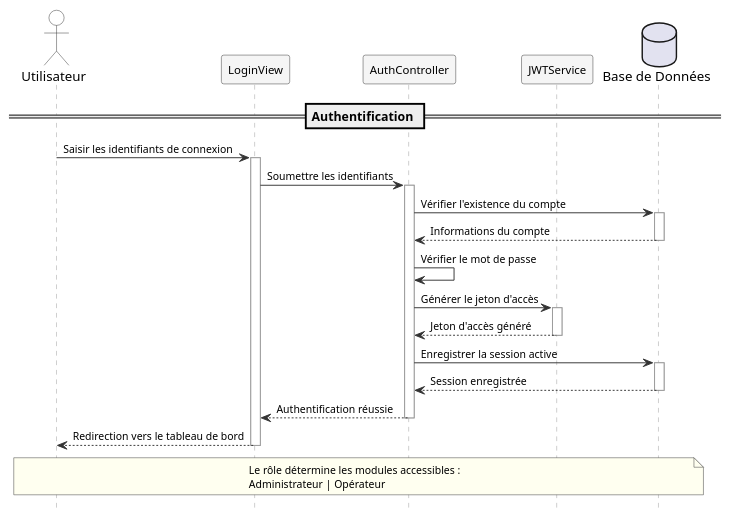
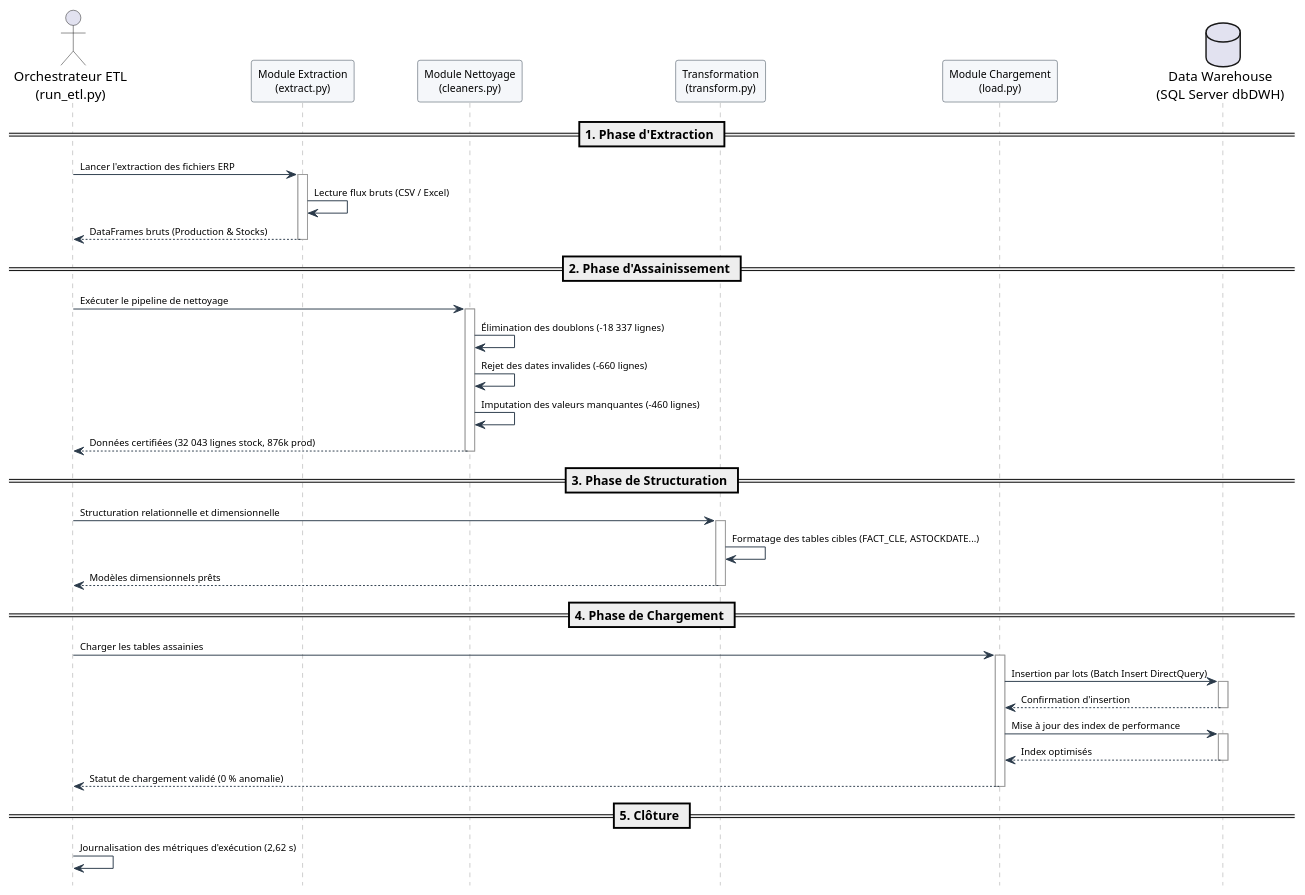
One commit to ayoubmek/PFE_data_science changed the diagram in Rapport/diagrams/sprint1_seq.puml. Above: the diagram before and after it, drawn with PlantUML. The commit also changed 37 other files, not shown here.

```diff
--- a/Rapport/diagrams/sprint1_seq.puml
+++ b/Rapport/diagrams/sprint1_seq.puml
@@ -1,69 +1,63 @@
 @startuml sprint1_seq
 hide footbox
 skinparam backgroundColor White
 skinparam sequence {
-  BackgroundColor White
-  BorderColor #333333
-  ArrowColor #333333
-  ActorBorderColor #333333
-  ActorBackgroundColor White
-  ParticipantBorderColor #333333
-  ParticipantBackgroundColor #F5F5F5
-  ParticipantFontName Arial
-  ParticipantFontSize 12
-  ArrowFontName Arial
-  ArrowFontSize 11
-  LifeLineBorderColor #999999
-  ActivationBorderColor #333333
-  ActivationBackgroundColor #E8E8E8
+    BackgroundColor White
+    BorderColor #2B3A4A
+    ArrowColor #2B3A4A
+    ParticipantBorderColor #2B3A4A
+    ParticipantBackgroundColor #F5F7FA
+    ParticipantFontName Arial
+    ParticipantFontSize 11
+    ArrowFontName Arial
+    ArrowFontSize 10
+    LifeLineBorderColor #999999
 }
-skinparam noteFontName Arial
-skinparam noteFontSize 11
-skinparam noteBorderColor #333333
-skinparam noteBackgroundColor #FFFFF0
 
+actor "Orchestrateur ETL\n(run_etl.py)" as ETL
+participant "Module Extraction\n(extract.py)" as EXT
+participant "Module Nettoyage\n(cleaners.py)" as CLN
+participant "Transformation\n(transform.py)" as TRF
+participant "Module Chargement\n(load.py)" as LOD
+database "Data Warehouse\n(SQL Server dbDWH)" as DWH
 
+== 1. Phase d'Extraction ==
+ETL -> EXT : Lancer l'extraction des fichiers ERP
+activate EXT
+EXT -> EXT : Lecture flux bruts (CSV / Excel)
+EXT --> ETL : DataFrames bruts (Production & Stocks)
+deactivate EXT
 
-actor "Utilisateur" as U
-participant "LoginView" as WEB
-participant "AuthController" as SRV
-participant "JWTService" as AUTH
-database "Base de Données" as DB
+== 2. Phase d'Assainissement ==
+ETL -> CLN : Exécuter le pipeline de nettoyage
+activate CLN
+CLN -> CLN : Élimination des doublons (-18 337 lignes)
+CLN -> CLN : Rejet des dates invalides (-660 lignes)
+CLN -> CLN : Imputation des valeurs manquantes (-460 lignes)
+CLN --> ETL : Données certifiées (32 043 lignes stock, 876k prod)
+deactivate CLN
 
-== Authentification ==
+== 3. Phase de Structuration ==
+ETL -> TRF : Structuration relationnelle et dimensionnelle
+activate TRF
+TRF -> TRF : Formatage des tables cibles (FACT_CLE, ASTOCKDATE...)
+TRF --> ETL : Modèles dimensionnels prêts
+deactivate TRF
 
-U -> WEB : Saisir les identifiants de connexion
-activate WEB
+== 4. Phase de Chargement ==
+ETL -> LOD : Charger les tables assainies
+activate LOD
+LOD -> DWH : Insertion par lots (Batch Insert DirectQuery)
+activate DWH
+DWH --> LOD : Confirmation d'insertion
+deactivate DWH
+LOD -> DWH : Mise à jour des index de performance
+activate DWH
+DWH --> LOD : Index optimisés
+deactivate DWH
+LOD --> ETL : Statut de chargement validé (0 % anomalie)
+deactivate LOD
 
-WEB -> SRV : Soumettre les identifiants
-activate SRV
-
-SRV -> DB : Vérifier l'existence du compte
-activate DB
-DB --> SRV : Informations du compte
-deactivate DB
-
-SRV -> SRV : Vérifier le mot de passe
-
-SRV -> AUTH : Générer le jeton d'accès
-activate AUTH
-AUTH --> SRV : Jeton d'accès généré
-deactivate AUTH
-
-SRV -> DB : Enregistrer la session active
-activate DB
-DB --> SRV : Session enregistrée
-deactivate DB
-
-SRV --> WEB : Authentification réussie
-deactivate SRV
-
-WEB --> U : Redirection vers le tableau de bord
-deactivate WEB
-
-note over U, DB
-  Le rôle détermine les modules accessibles :
-  Administrateur | Opérateur
-end note
-
+== 5. Clôture ==
+ETL -> ETL : Journalisation des métriques d'exécution (2,62 s)
 @enduml
```
